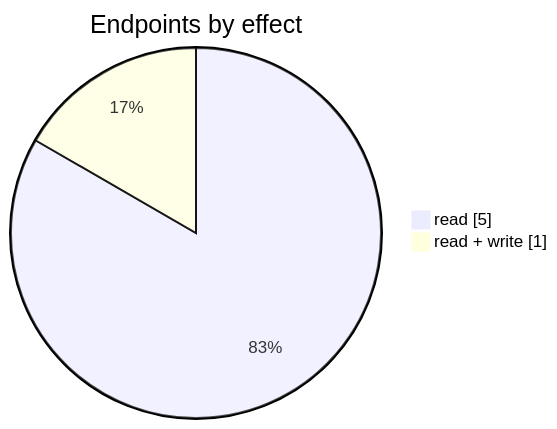
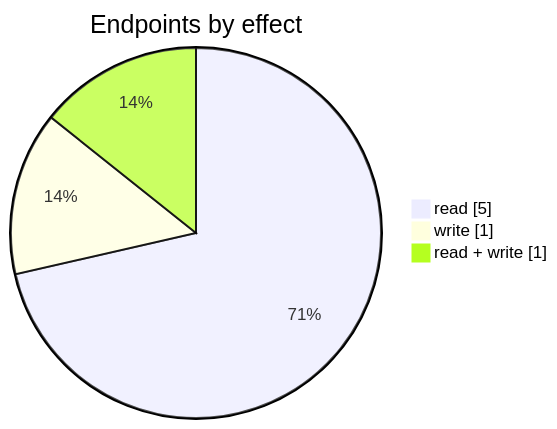
One commit to fightmilk808/cin7-core-rebuild changed the diagram in modules/12-integrations/cin7-core-api-setup/README.md. Above: the diagram before and after it, drawn with Mermaid. The commit also changed other lines of this file and 17 other files, not shown here.

````diff
--- a/modules/12-integrations/cin7-core-api-setup/README.md
+++ b/modules/12-integrations/cin7-core-api-setup/README.md
@@ -11,5 +11,6 @@
 ```mermaid
 pie showData title Endpoints by effect
     "read" : 5
+    "write" : 1
     "read + write" : 1
 ```
````
